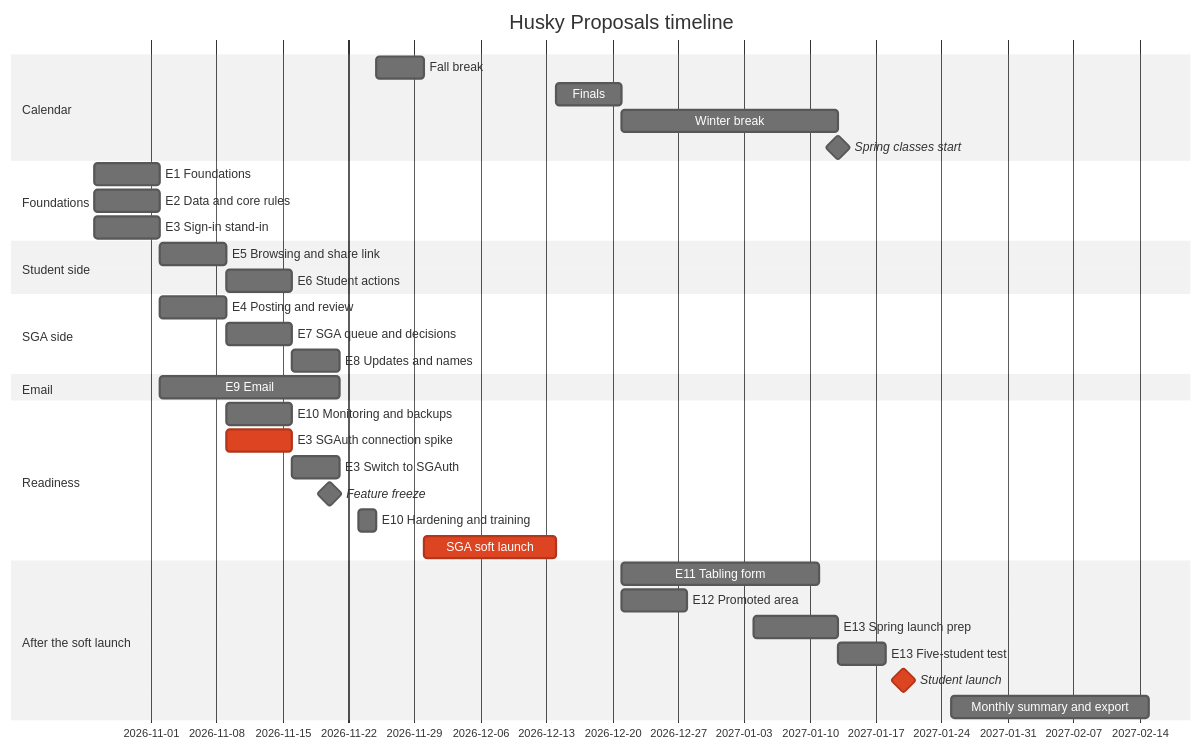
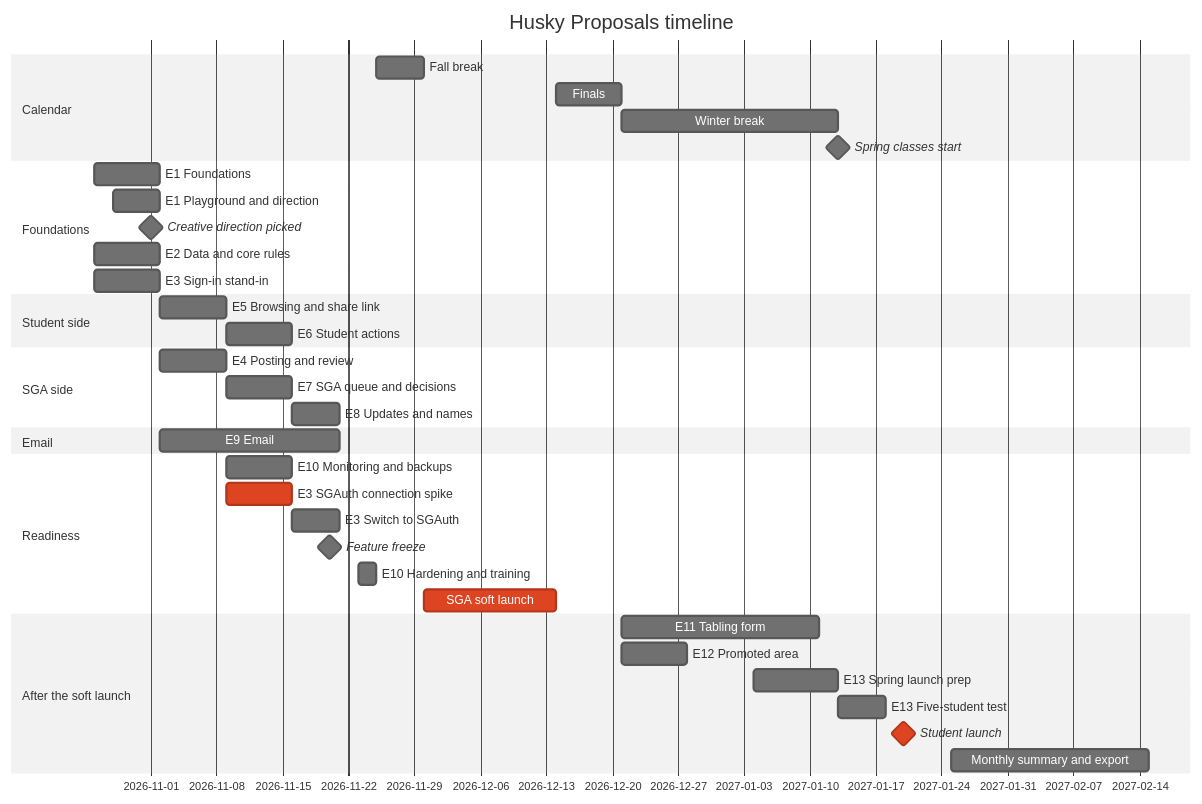
The diagram in docs/timeline.md (SGAOperationalAffairs/husky-proposals), drawn with Mermaid (neutral theme) before and after one commit. The commit also changed other lines of this file and 4 other files, not shown here.

````diff
--- a/docs/timeline.md
+++ b/docs/timeline.md
@@ -17,37 +17,39 @@
 ```mermaid
 gantt
     title Husky Proposals timeline
     dateFormat YYYY-MM-DD
     section Calendar
     Fall break                    :2026-11-25, 5d
     Finals                        :2026-12-14, 7d
     Winter break                  :2026-12-21, 23d
     Spring classes start          :milestone, 2027-01-13, 0d
     section Foundations
     E1 Foundations                :e1, 2026-10-26, 7d
+    E1 Playground and direction   :e1p, 2026-10-28, 5d
+    Creative direction picked     :milestone, 2026-11-01, 0d
     E2 Data and core rules        :e2, 2026-10-26, 7d
     E3 Sign-in stand-in           :e3a, 2026-10-26, 7d
     section Student side
     E5 Browsing and share link    :e5, 2026-11-02, 7d
     E6 Student actions            :e6, 2026-11-09, 7d
     section SGA side
     E4 Posting and review         :e4, 2026-11-02, 7d
     E7 SGA queue and decisions    :e7, 2026-11-09, 7d
     E8 Updates and names          :e8, 2026-11-16, 5d
     section Email
     E9 Email                      :e9, 2026-11-02, 19d
     section Readiness
     E10 Monitoring and backups    :e10a, 2026-11-09, 7d
     E3 SGAuth connection spike    :crit, e3s, 2026-11-09, 7d
     E3 Switch to SGAuth           :e3b, 2026-11-16, 5d
     Feature freeze                :milestone, 2026-11-20, 0d
     E10 Hardening and training    :e10c, 2026-11-23, 2d
     SGA soft launch               :crit, soft, 2026-11-30, 14d
     section After the soft launch
     E11 Tabling form              :e11, 2026-12-21, 21d
     E12 Promoted area             :e12, 2026-12-21, 7d
     E13 Spring launch prep        :e13, 2027-01-04, 9d
     E13 Five-student test         :e13t, 2027-01-13, 5d
     Student launch                :milestone, crit, 2027-01-20, 0d
     Monthly summary and export    :2027-01-25, 21d
 ```
````
